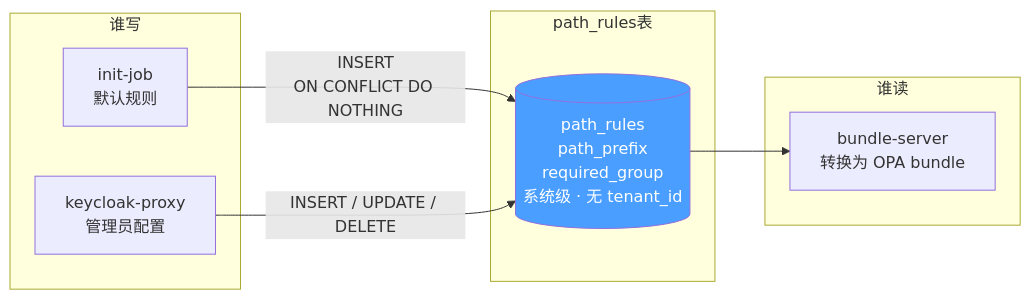
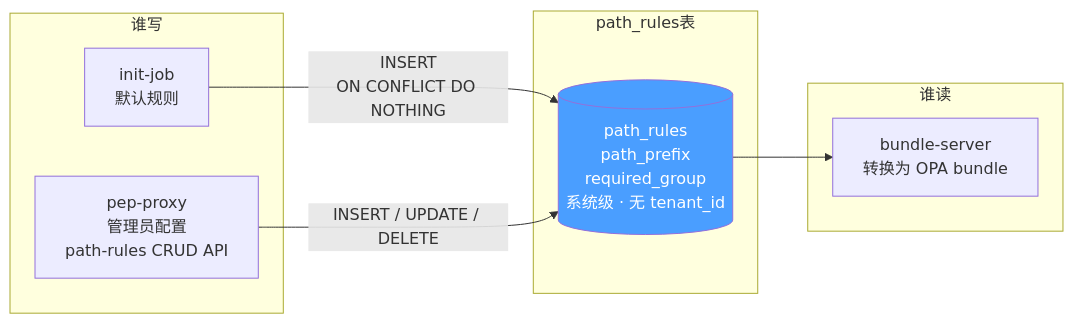
Before and after one commit to xiewanchao/aidp-iam: the third of 11 diagrams in diagrams/data-storage.md, drawn with Mermaid. The commit also changed other lines of this file and 43 other files, not shown here.

````diff
--- a/diagrams/data-storage.md
+++ b/diagrams/data-storage.md
@@ -220,21 +220,21 @@
 ```mermaid
 flowchart LR
     subgraph 谁写
         INIT[init-job<br/>默认规则]
-        KP[keycloak-proxy<br/>管理员配置]
+        PEP_W[pep-proxy<br/>管理员配置<br/>path-rules CRUD API]
     end
 
     subgraph path_rules表
         PR[(path_rules<br/>path_prefix<br/>required_group<br/>系统级 · 无 tenant_id)]
     end
 
     subgraph 谁读
         BS[bundle-server<br/>转换为 OPA bundle]
     end
 
     INIT -->|INSERT<br/>ON CONFLICT DO NOTHING| PR
-    KP -->|INSERT / UPDATE / DELETE| PR
+    PEP_W -->|INSERT / UPDATE / DELETE| PR
     PR --> BS
 
     style PR fill:#4a9eff,color:#fff
 ```
````
